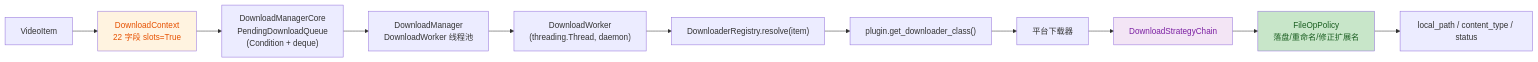
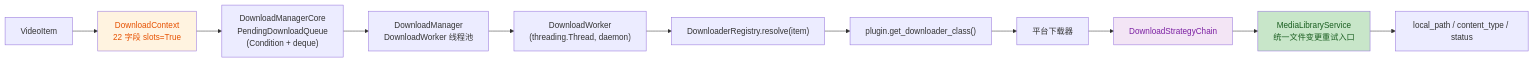
One commit to haohaizi554/UniversalCrawler changed the first of 5 diagrams in mermaid/05-download-pipeline.md. Above: the diagram before and after it, drawn with Mermaid. The commit also changed 26 other files, not shown here.

````diff
--- a/mermaid/05-download-pipeline.md
+++ b/mermaid/05-download-pipeline.md
@@ -5,17 +5,17 @@
 ```mermaid
 flowchart LR
     Item["VideoItem"] --> Context["DownloadContext<br/>22 字段 slots=True"]
     Context --> Core["DownloadManagerCore<br/>PendingDownloadQueue<br/>(Condition + deque)"]
     Core --> Manager["DownloadManager<br/>DownloadWorker 线程池"]
     Manager --> Worker["DownloadWorker<br/>(threading.Thread, daemon)"]
     Worker --> Resolve["DownloaderRegistry.resolve(item)"]
     Resolve --> Plugin["plugin.get_downloader_class()"]
     Plugin --> Downloader["平台下载器"]
     Downloader --> Chain["DownloadStrategyChain"]
-    Chain --> FileOps["FileOpPolicy<br/>落盘/重命名/修正扩展名"]
+    Chain --> FileOps["MediaLibraryService<br/>统一文件变更重试入口"]
     FileOps --> Result["local_path / content_type / status"]
 
     style Context fill:#fff3e0,color:#e65100
     style Chain fill:#f3e5f5,color:#7b1fa2
     style FileOps fill:#c8e6c9,color:#1a5e20
 ```
````
